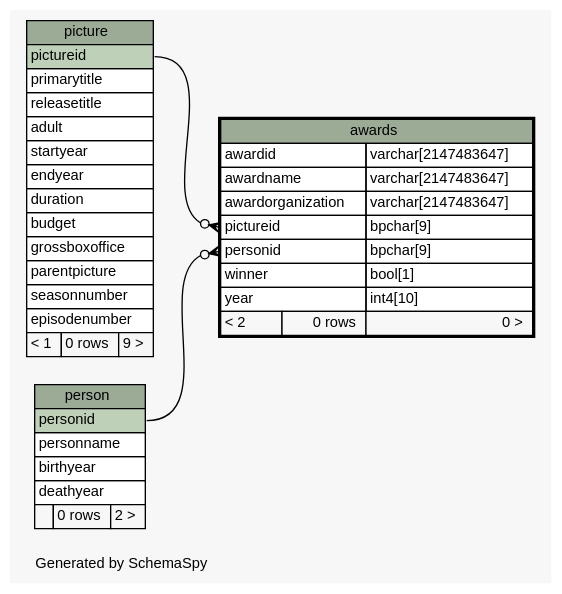
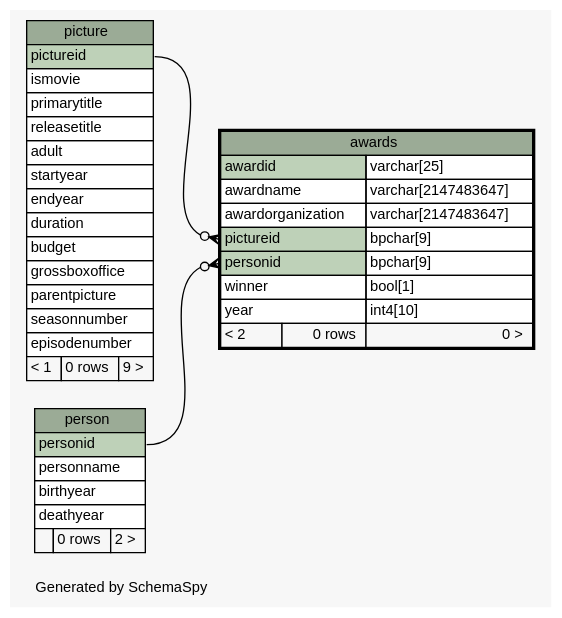
One commit to sipian/CS3563-DBMS changed the diagram in populating-tables/schemaspy/diagrams/awards.1degree.dot. Above: the diagram before and after it, drawn with Graphviz. The commit also changed 66 other files, not shown here.

Commit message:
add diagram for latest schema

```diff
--- a/populating-tables/schemaspy/diagrams/awards.1degree.dot
+++ b/populating-tables/schemaspy/diagrams/awards.1degree.dot
@@ -1,74 +1,75 @@
 // dot 2.38.0 on Linux 4.13.0-32-generic
 // SchemaSpy rev 590
 digraph "oneDegreeRelationshipsDiagram" {
   graph [
     rankdir="RL"
     bgcolor="#f7f7f7"
     label="\nGenerated by SchemaSpy"
     labeljust="l"
     nodesep="0.18"
     ranksep="0.46"
     fontname="Helvetica"
     fontsize="11"
   ];
   node [
     fontname="Helvetica"
     fontsize="11"
     shape="plaintext"
   ];
   edge [
     arrowsize="0.8"
   ];
   "awards":"personid":w -> "person":"personid":e [arrowhead=none dir=back arrowtail=crowodot];
   "awards":"pictureid":w -> "picture":"pictureid":e [arrowhead=none dir=back arrowtail=crowodot];
   "awards" [
     label=<
     <TABLE BORDER="2" CELLBORDER="1" CELLSPACING="0" BGCOLOR="#ffffff">
       <TR><TD COLSPAN="3" BGCOLOR="#9bab96" ALIGN="CENTER">awards</TD></TR>
-      <TR><TD PORT="awardid" COLSPAN="2" ALIGN="LEFT">awardid</TD><TD PORT="awardid.type" ALIGN="LEFT">varchar[2147483647]</TD></TR>
+      <TR><TD PORT="awardid" COLSPAN="2" BGCOLOR="#bed1b8" ALIGN="LEFT">awardid</TD><TD PORT="awardid.type" ALIGN="LEFT">varchar[25]</TD></TR>
       <TR><TD PORT="awardname" COLSPAN="2" ALIGN="LEFT">awardname</TD><TD PORT="awardname.type" ALIGN="LEFT">varchar[2147483647]</TD></TR>
       <TR><TD PORT="awardorganization" COLSPAN="2" ALIGN="LEFT">awardorganization</TD><TD PORT="awardorganization.type" ALIGN="LEFT">varchar[2147483647]</TD></TR>
-      <TR><TD PORT="pictureid" COLSPAN="2" ALIGN="LEFT">pictureid</TD><TD PORT="pictureid.type" ALIGN="LEFT">bpchar[9]</TD></TR>
-      <TR><TD PORT="personid" COLSPAN="2" ALIGN="LEFT">personid</TD><TD PORT="personid.type" ALIGN="LEFT">bpchar[9]</TD></TR>
+      <TR><TD PORT="pictureid" COLSPAN="2" BGCOLOR="#bed1b8" ALIGN="LEFT">pictureid</TD><TD PORT="pictureid.type" ALIGN="LEFT">bpchar[9]</TD></TR>
+      <TR><TD PORT="personid" COLSPAN="2" BGCOLOR="#bed1b8" ALIGN="LEFT">personid</TD><TD PORT="personid.type" ALIGN="LEFT">bpchar[9]</TD></TR>
       <TR><TD PORT="winner" COLSPAN="2" ALIGN="LEFT">winner</TD><TD PORT="winner.type" ALIGN="LEFT">bool[1]</TD></TR>
       <TR><TD PORT="year" COLSPAN="2" ALIGN="LEFT">year</TD><TD PORT="year.type" ALIGN="LEFT">int4[10]</TD></TR>
       <TR><TD ALIGN="LEFT" BGCOLOR="#f7f7f7">&lt; 2</TD><TD ALIGN="RIGHT" BGCOLOR="#f7f7f7">0 rows</TD><TD ALIGN="RIGHT" BGCOLOR="#f7f7f7">0 &gt;</TD></TR>
     </TABLE>>
     URL="awards.html"
     tooltip="awards"
   ];
   "person" [
     label=<
     <TABLE BORDER="0" CELLBORDER="1" CELLSPACING="0" BGCOLOR="#ffffff">
       <TR><TD COLSPAN="3" BGCOLOR="#9bab96" ALIGN="CENTER">person</TD></TR>
       <TR><TD PORT="personid" COLSPAN="3" BGCOLOR="#bed1b8" ALIGN="LEFT">personid</TD></TR>
       <TR><TD PORT="personname" COLSPAN="3" ALIGN="LEFT">personname</TD></TR>
       <TR><TD PORT="birthyear" COLSPAN="3" ALIGN="LEFT">birthyear</TD></TR>
       <TR><TD PORT="deathyear" COLSPAN="3" ALIGN="LEFT">deathyear</TD></TR>
       <TR><TD ALIGN="LEFT" BGCOLOR="#f7f7f7">  </TD><TD ALIGN="RIGHT" BGCOLOR="#f7f7f7">0 rows</TD><TD ALIGN="RIGHT" BGCOLOR="#f7f7f7">2 &gt;</TD></TR>
     </TABLE>>
     URL="person.html"
     tooltip="person"
   ];
   "picture" [
     label=<
     <TABLE BORDER="0" CELLBORDER="1" CELLSPACING="0" BGCOLOR="#ffffff">
       <TR><TD COLSPAN="3" BGCOLOR="#9bab96" ALIGN="CENTER">picture</TD></TR>
       <TR><TD PORT="pictureid" COLSPAN="3" BGCOLOR="#bed1b8" ALIGN="LEFT">pictureid</TD></TR>
+      <TR><TD PORT="ismovie" COLSPAN="3" ALIGN="LEFT">ismovie</TD></TR>
       <TR><TD PORT="primarytitle" COLSPAN="3" ALIGN="LEFT">primarytitle</TD></TR>
       <TR><TD PORT="releasetitle" COLSPAN="3" ALIGN="LEFT">releasetitle</TD></TR>
       <TR><TD PORT="adult" COLSPAN="3" ALIGN="LEFT">adult</TD></TR>
       <TR><TD PORT="startyear" COLSPAN="3" ALIGN="LEFT">startyear</TD></TR>
       <TR><TD PORT="endyear" COLSPAN="3" ALIGN="LEFT">endyear</TD></TR>
       <TR><TD PORT="duration" COLSPAN="3" ALIGN="LEFT">duration</TD></TR>
       <TR><TD PORT="budget" COLSPAN="3" ALIGN="LEFT">budget</TD></TR>
       <TR><TD PORT="grossboxoffice" COLSPAN="3" ALIGN="LEFT">grossboxoffice</TD></TR>
       <TR><TD PORT="parentpicture" COLSPAN="3" ALIGN="LEFT">parentpicture</TD></TR>
       <TR><TD PORT="seasonnumber" COLSPAN="3" ALIGN="LEFT">seasonnumber</TD></TR>
       <TR><TD PORT="episodenumber" COLSPAN="3" ALIGN="LEFT">episodenumber</TD></TR>
       <TR><TD ALIGN="LEFT" BGCOLOR="#f7f7f7">&lt; 1</TD><TD ALIGN="RIGHT" BGCOLOR="#f7f7f7">0 rows</TD><TD ALIGN="RIGHT" BGCOLOR="#f7f7f7">9 &gt;</TD></TR>
     </TABLE>>
     URL="picture.html"
     tooltip="picture"
   ];
 }
```
